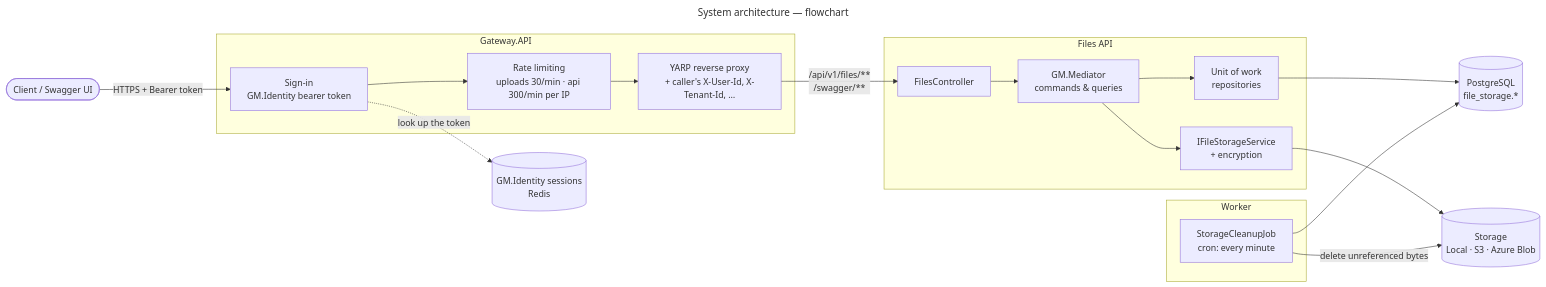
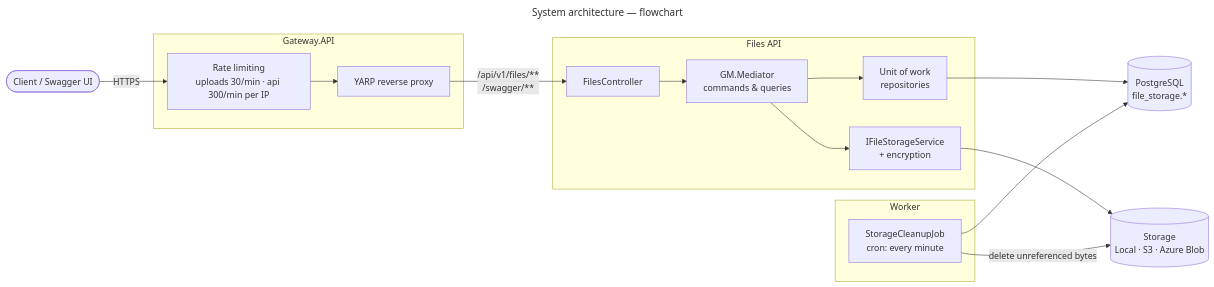
One commit to gmetskhvarishvili/GM.FileStorage.Samples changed the first of 3 diagrams in docs/architecture.md. Above: the diagram before and after it, drawn with Mermaid. The commit also changed other lines of this file and 22 other files, not shown here.

````diff
--- a/docs/architecture.md
+++ b/docs/architecture.md
@@ -16,37 +16,33 @@
 ```mermaid
 ---
 title: System architecture — flowchart
 ---
 flowchart LR
     client([Client / Swagger UI])
 
     subgraph edge[Gateway.API]
-        auth[Sign-in<br/>GM.Identity bearer token]
         rl[Rate limiting<br/>uploads 30/min · api 300/min per IP]
-        proxy[YARP reverse proxy<br/>+ caller's X-User-Id, X-Tenant-Id, …]
-        auth --> rl --> proxy
+        proxy[YARP reverse proxy]
+        rl --> proxy
     end
-
-    sessions[(GM.Identity sessions<br/>Redis)]
 
     subgraph api[Files API]
         ctrl[FilesController] --> med[GM.Mediator<br/>commands & queries]
         med --> uow[Unit of work<br/>repositories]
         med --> fs[IFileStorageService<br/>+ encryption]
     end
 
     subgraph worker[Worker]
         job[StorageCleanupJob<br/>cron: every minute]
     end
 
     db[(PostgreSQL<br/>file_storage.*)]
     store[(Storage<br/>Local · S3 · Azure Blob)]
 
-    client -->|HTTPS + Bearer token| auth
-    auth -.->|look up the token| sessions
+    client -->|HTTPS| rl
     proxy -->|/api/v1/files/**<br/>/swagger/**| ctrl
     uow --> db
     fs --> store
     job --> db
     job -->|delete unreferenced bytes| store
 ```
````
